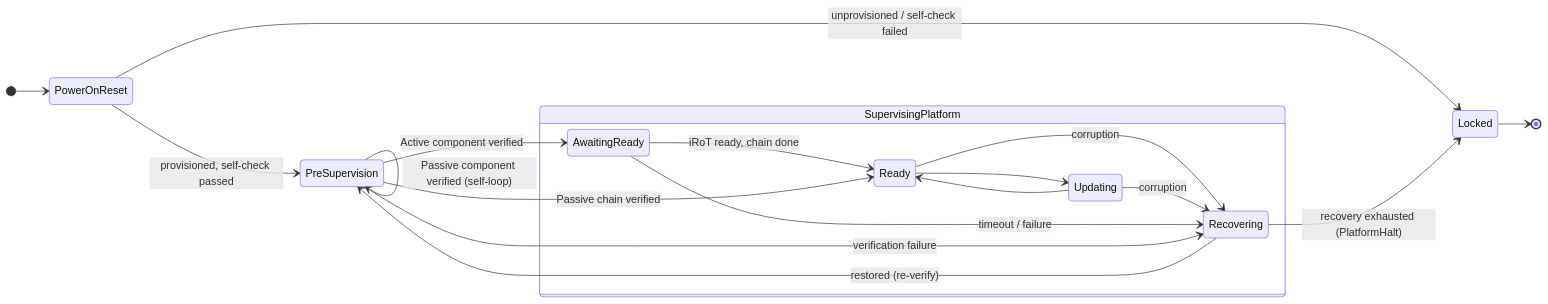
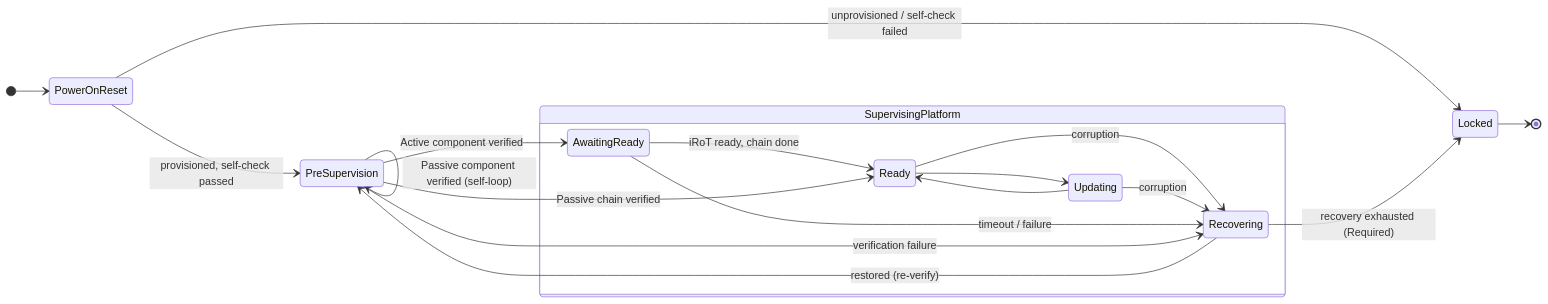
One commit to rusty1968/openprot changed the diagram in docs/src/design/orchestrator/orchestrator-sm-walkthru.md. Above: the diagram before and after it, drawn with Mermaid. The commit also changed other lines of this file and 3 other files, not shown here.

Commit message:
PlatformHalt is a consequence of the Policy::Required

````diff
--- a/docs/src/design/orchestrator/orchestrator-sm-walkthru.md
+++ b/docs/src/design/orchestrator/orchestrator-sm-walkthru.md
@@ -29,22 +29,22 @@
 ```mermaid
 stateDiagram-v2
     direction LR
     [*] --> PowerOnReset
     PowerOnReset --> PreSupervision : provisioned, self-check passed
     PreSupervision --> PreSupervision : Passive component verified (self-loop)
     state SupervisingPlatform {
         AwaitingReady --> Ready : iRoT ready, chain done
         Ready --> Updating
         Updating --> Ready
         Ready --> Recovering : corruption
         Updating --> Recovering : corruption
         AwaitingReady --> Recovering : timeout / failure
     }
     PowerOnReset --> Locked : unprovisioned / self-check failed
     PreSupervision --> AwaitingReady : Active component verified
     PreSupervision --> Ready : Passive chain verified
     PreSupervision --> Recovering : verification failure
     Recovering --> PreSupervision : restored (re-verify)
-    Recovering --> Locked : recovery exhausted (PlatformHalt)
+    Recovering --> Locked : recovery exhausted (Required)
     Locked --> [*]
 ```
````
